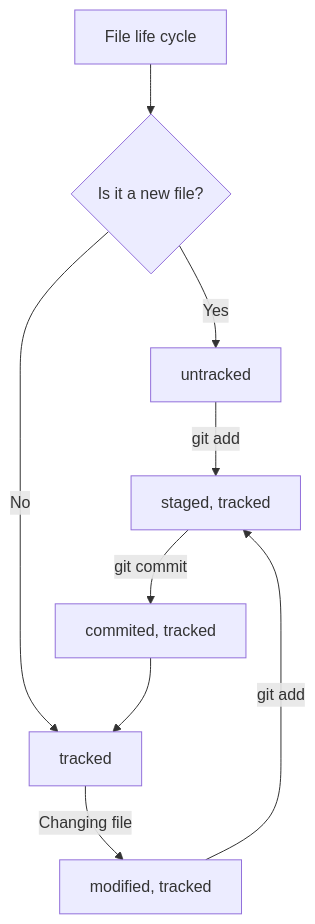
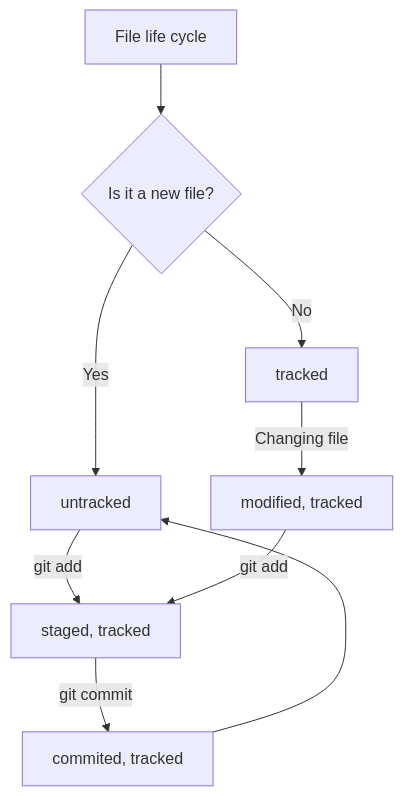
One commit to InspectorOfBeauty/yandex-git-course-notes changed the diagram in README.md. Above: the diagram before and after it, drawn with Mermaid.

Commit message:
Fix mermaid-scheme about Git file statuses to README.md (5)

````diff
--- a/README.md
+++ b/README.md
@@ -480,11 +480,11 @@
 ```mermaid
 graph TD;
 	A[File life cycle] --> B{Is it a new file?};
 	B -- Yes --> C[untracked];
 	B -- No --> D[tracked];
 	C -- git add --> E[staged, tracked];
 	E -- git commit --> F[commited, tracked];
-	F --> D[tracked]
+	F --> C[untracked]
 	D -- Changing file --> G[modified, tracked];
 	G -- git add --> E[staged, tracked];
 ```
````
